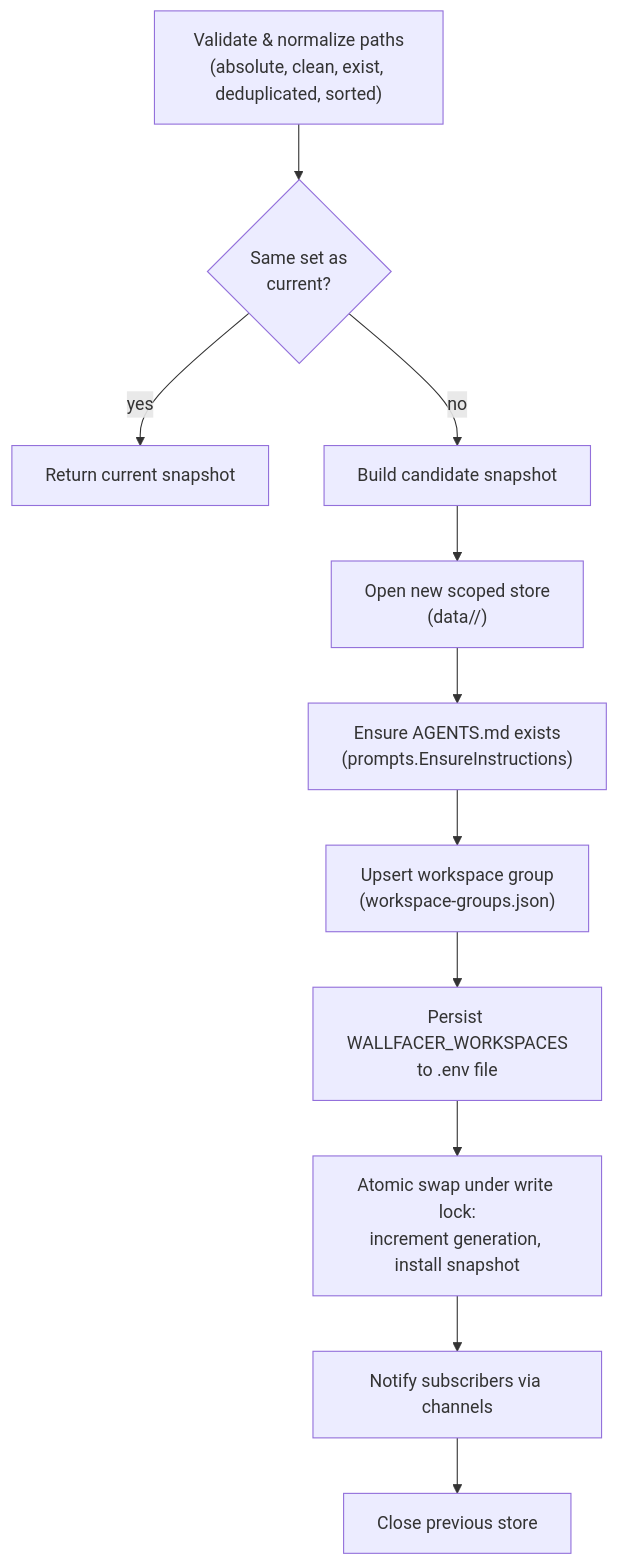
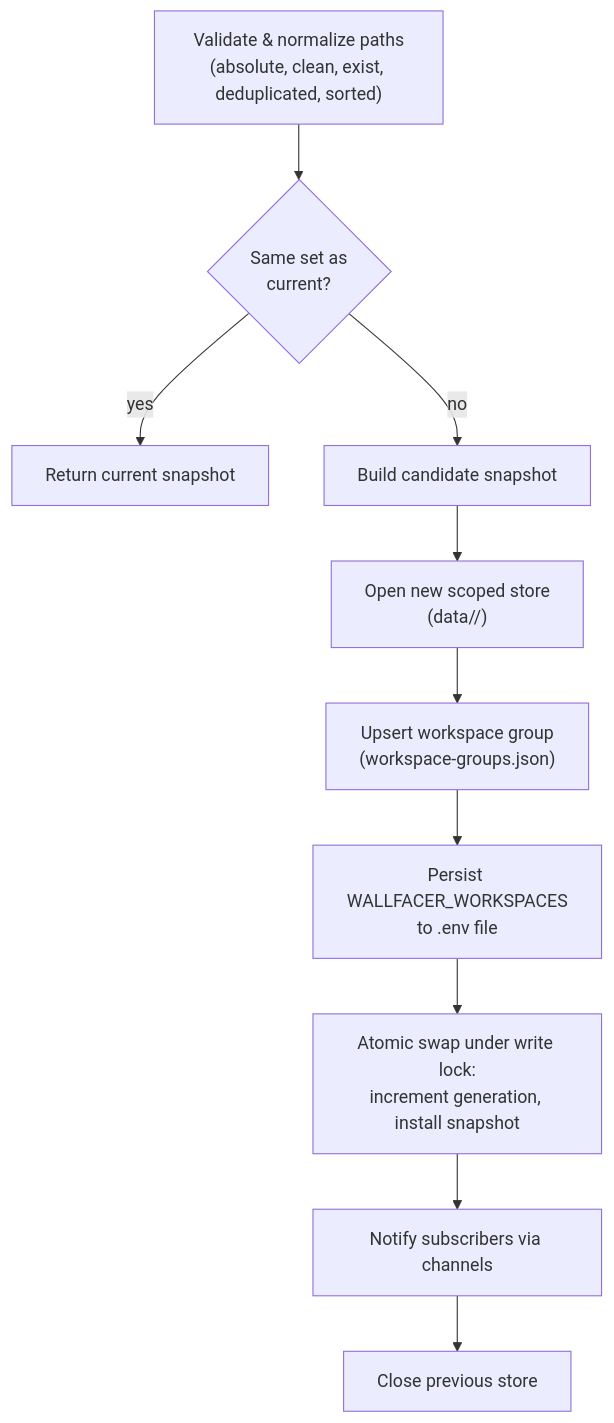
One commit to changkun/wallfacer changed the first of 2 diagrams in docs/internals/workspaces-and-config.md. Above: the diagram before and after it, drawn with Mermaid. The commit also changed other lines of this file and 7 other files, not shown here.

First line of the commit message:
docs: drop the generated workspace AGENTS.md from the docs

````diff
--- a/docs/internals/workspaces-and-config.md
+++ b/docs/internals/workspaces-and-config.md
@@ -57,13 +56,12 @@
 ```mermaid
 flowchart TD
     Validate["Validate & normalize paths<br/>(absolute, clean, exist, deduplicated, sorted)"] --> Same{"Same set as<br/>current?"}
     Same -->|yes| NoOp["Return current snapshot"]
     Same -->|no| Build["Build candidate snapshot"]
     Build --> OpenStore["Open new scoped store<br/>(data/<key>/)"]
-    OpenStore --> Instructions["Ensure AGENTS.md exists<br/>(prompts.EnsureInstructions)"]
-    Instructions --> Groups["Upsert workspace group<br/>(workspace-groups.json)"]
+    OpenStore --> Groups["Upsert workspace group<br/>(workspace-groups.json)"]
     Groups --> Env["Persist WALLFACER_WORKSPACES<br/>to .env file"]
     Env --> Swap["Atomic swap under write lock:<br/>increment generation, install snapshot"]
     Swap --> Publish["Notify subscribers via channels"]
     Publish --> Close["Close previous store"]
 ```
````
